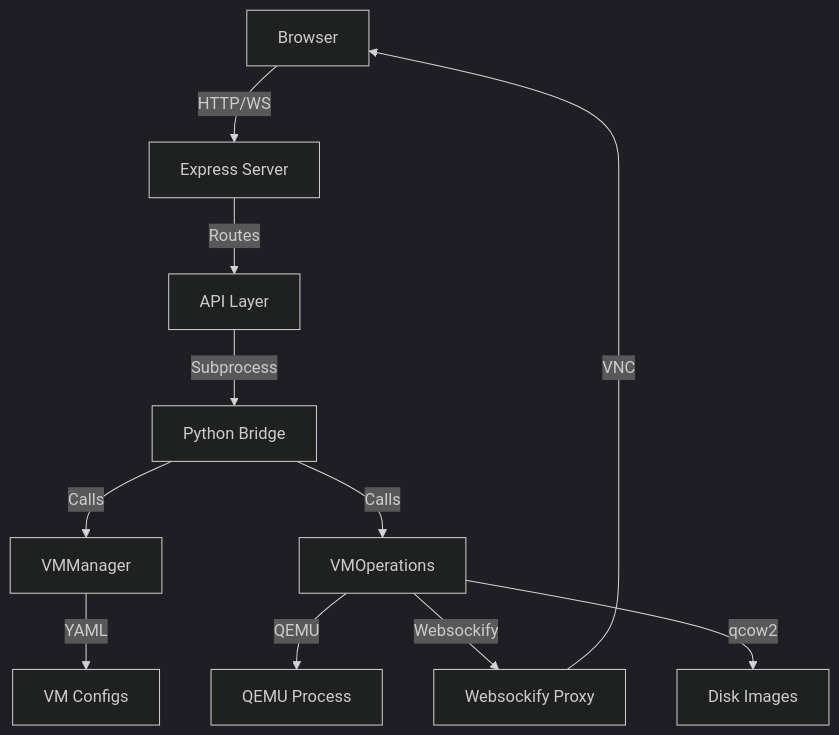
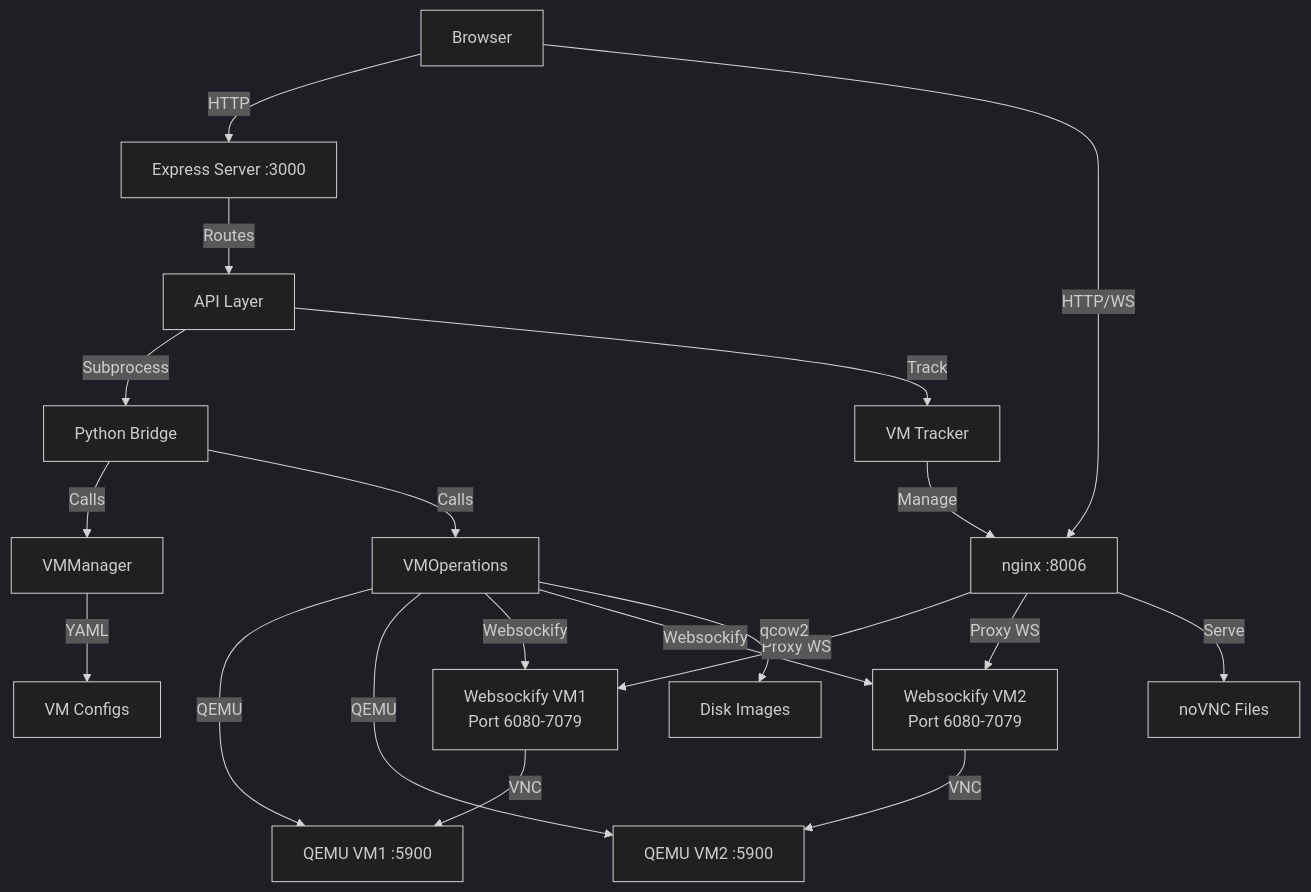
One commit to cayubweeums-repos/cyber_workbench changed the first of 6 diagrams in docs/architecture.md. Above: the diagram before and after it, drawn with Mermaid (dark theme). The commit also changed other lines of this file and 10 other files, not shown here.

````diff
--- a/docs/architecture.md
+++ b/docs/architecture.md
@@ -5,13 +5,22 @@
 ```mermaid
 graph TB
-    Browser[Browser] -->|HTTP/WS| Express[Express Server]
+    Browser[Browser] -->|HTTP| Express[Express Server :3000]
+    Browser -->|HTTP/WS| Nginx[nginx :8006]
     Express -->|Routes| API[API Layer]
     API -->|Subprocess| Python[Python Bridge]
     Python -->|Calls| VMManager[VMManager]
     Python -->|Calls| VMOps[VMOperations]
-    VMOps -->|QEMU| QEMU[QEMU Process]
-    VMOps -->|Websockify| WebSockify[Websockify Proxy]
-    WebSockify -->|VNC| Browser
+    VMOps -->|QEMU| QEMU1[QEMU VM1 :5900]
+    VMOps -->|QEMU| QEMU2[QEMU VM2 :5900]
+    VMOps -->|Websockify| WS1[Websockify VM1<br/>Port 6080-7079]
+    VMOps -->|Websockify| WS2[Websockify VM2<br/>Port 6080-7079]
+    WS1 -->|VNC| QEMU1
+    WS2 -->|VNC| QEMU2
+    Nginx -->|Proxy WS| WS1
+    Nginx -->|Proxy WS| WS2
+    Nginx -->|Serve| noVNC[noVNC Files]
     VMManager -->|YAML| Config[VM Configs]
     VMOps -->|qcow2| Disks[Disk Images]
+    API -->|Track| Tracker[VM Tracker]
+    Tracker -->|Manage| Nginx
 ```
````
